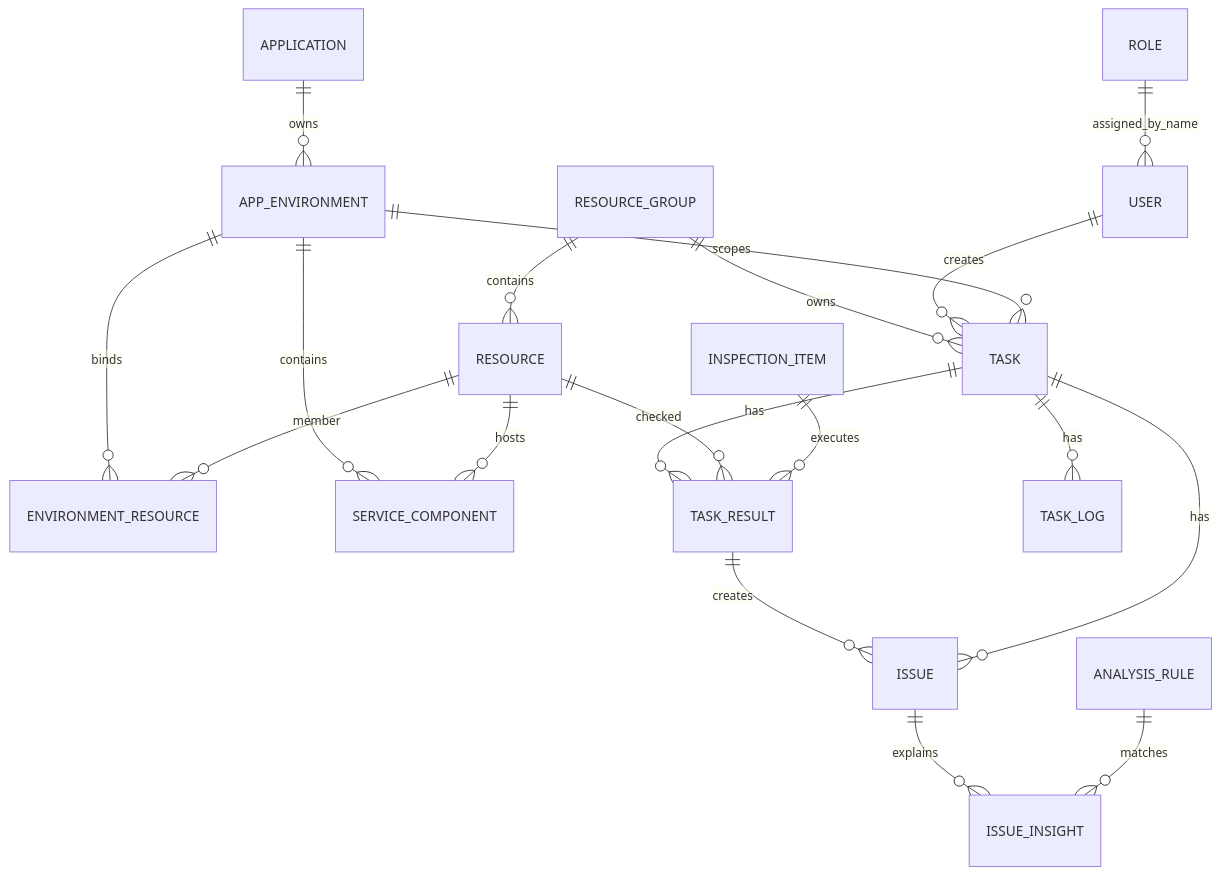
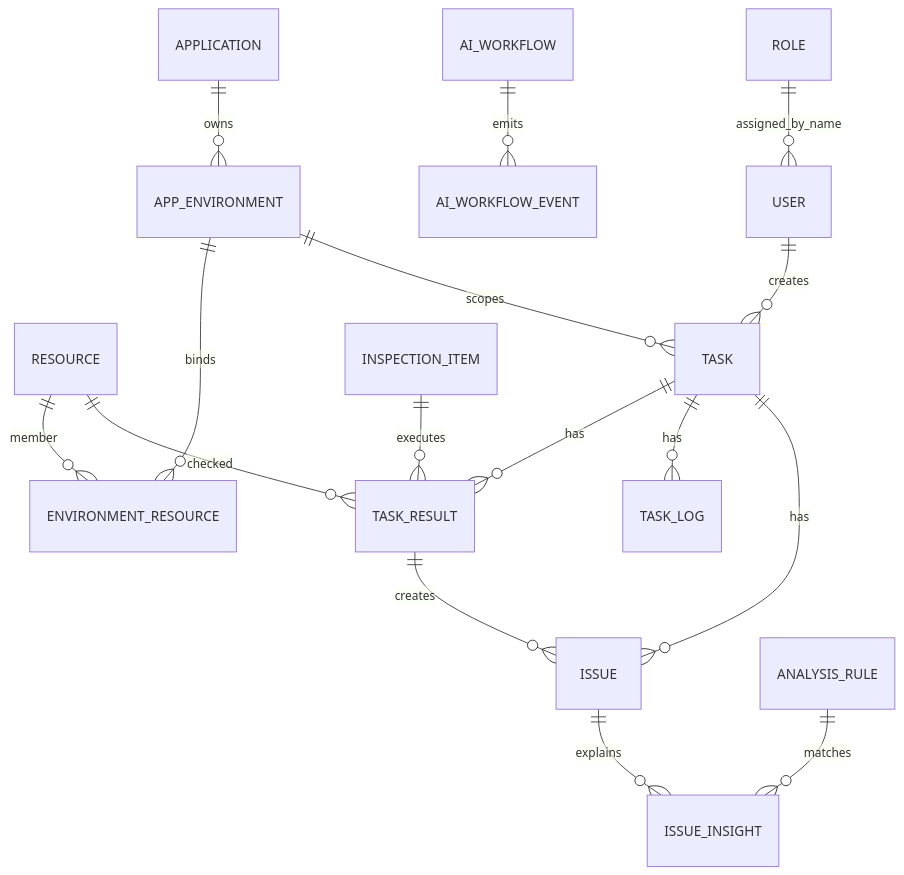
One commit to zjl111/OpsRadar changed the fourth of 4 diagrams in docs/TECHNICAL_DESIGN.md. Above: the diagram before and after it, drawn with Mermaid. The commit also changed other lines of this file and 17 other files, not shown here.

````diff
--- a/docs/TECHNICAL_DESIGN.md
+++ b/docs/TECHNICAL_DESIGN.md
@@ -360,21 +413,18 @@
 ```mermaid
 erDiagram
-  RESOURCE_GROUP ||--o{ RESOURCE : contains
-  RESOURCE_GROUP ||--o{ TASK : owns
   APPLICATION ||--o{ APP_ENVIRONMENT : owns
   APP_ENVIRONMENT ||--o{ ENVIRONMENT_RESOURCE : binds
-  APP_ENVIRONMENT ||--o{ SERVICE_COMPONENT : contains
   RESOURCE ||--o{ ENVIRONMENT_RESOURCE : member
-  RESOURCE ||--o{ SERVICE_COMPONENT : hosts
+  AI_WORKFLOW ||--o{ AI_WORKFLOW_EVENT : emits
   USER ||--o{ TASK : creates
   APP_ENVIRONMENT ||--o{ TASK : scopes
   TASK ||--o{ TASK_RESULT : has
   TASK ||--o{ TASK_LOG : has
   RESOURCE ||--o{ TASK_RESULT : checked
   INSPECTION_ITEM ||--o{ TASK_RESULT : executes
   TASK_RESULT ||--o{ ISSUE : creates
   ISSUE ||--o{ ISSUE_INSIGHT : explains
   ANALYSIS_RULE ||--o{ ISSUE_INSIGHT : matches
   TASK ||--o{ ISSUE : has
   ROLE ||--o{ USER : assigned_by_name
 ```
````
